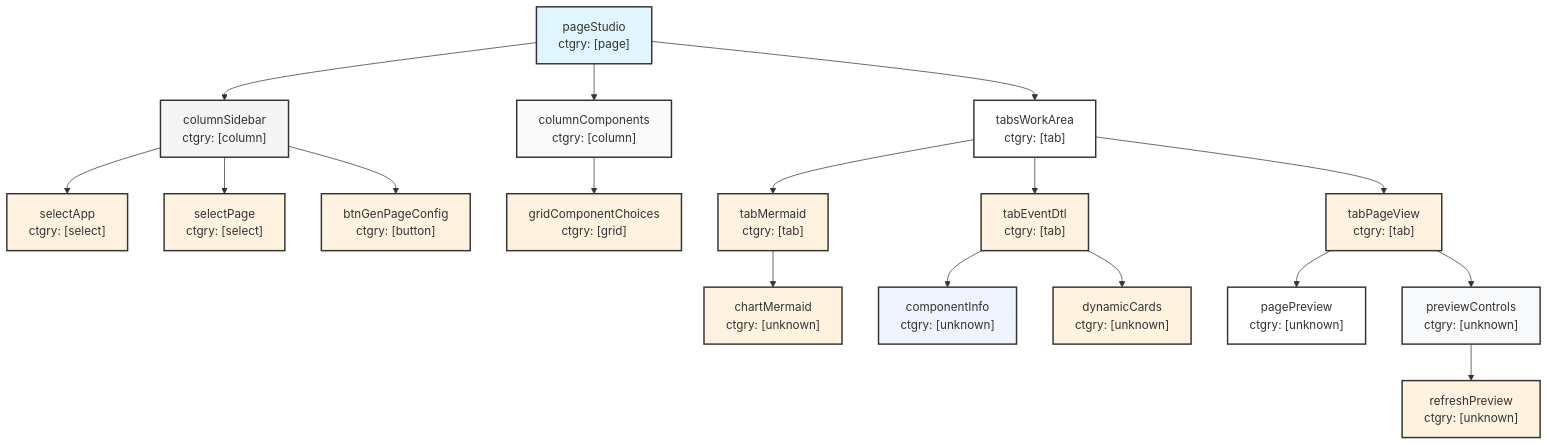
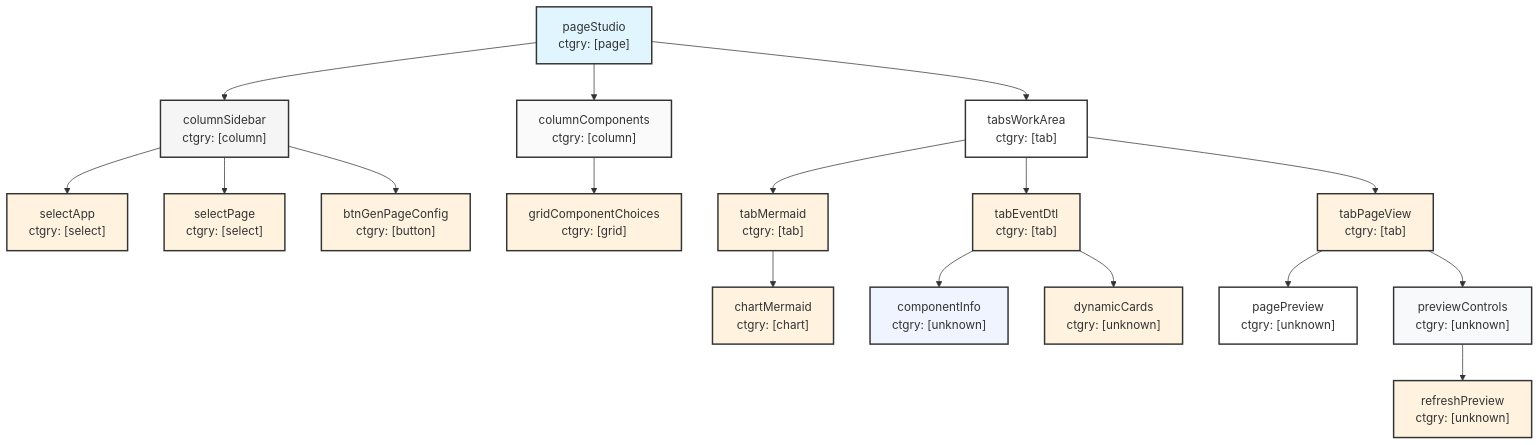
The diagram in apps/wf-studio/src/apps/studio/pages/Studio/pageMermaid.mmd (pchambless/wf-monorepo), drawn with Mermaid before and after one commit. The commit also changed 56 other files, not shown here.

Commit message:
Mermaid Chart Widget working.

```diff
--- a/apps/wf-studio/src/apps/studio/pages/Studio/pageMermaid.mmd
+++ b/apps/wf-studio/src/apps/studio/pages/Studio/pageMermaid.mmd
@@ -1,90 +1,90 @@
 graph TD
 
     pageStudio["pageStudio
  ctgry: [page]"]
     columnSidebar["columnSidebar
  ctgry: [column]"]
     pageStudio --> columnSidebar
     selectApp["selectApp
  ctgry: [select]"]
     columnSidebar --> selectApp
     selectPage["selectPage
  ctgry: [select]"]
     columnSidebar --> selectPage
     btnGenPageConfig["btnGenPageConfig
  ctgry: [button]"]
     columnSidebar --> btnGenPageConfig
     columnComponents["columnComponents
  ctgry: [column]"]
     pageStudio --> columnComponents
     gridComponentChoices["gridComponentChoices
  ctgry: [grid]"]
     columnComponents --> gridComponentChoices
     tabsWorkArea["tabsWorkArea
  ctgry: [tab]"]
     pageStudio --> tabsWorkArea
     tabMermaid["tabMermaid
  ctgry: [tab]"]
     tabsWorkArea --> tabMermaid
-    mermaidChart["chartMermaid
- ctgry: [unknown]"]
-    tabMermaid --> mermaidChart
+    chartMermaid["chartMermaid
+ ctgry: [chart]"]
+    tabMermaid --> chartMermaid
     tabEventDtl["tabEventDtl
  ctgry: [tab]"]
     tabsWorkArea --> tabEventDtl
     componentInfo["componentInfo
  ctgry: [unknown]"]
     tabEventDtl --> componentInfo
     dynamicCards["dynamicCards
  ctgry: [unknown]"]
     tabEventDtl --> dynamicCards
     tabPageView["tabPageView
  ctgry: [tab]"]
     tabsWorkArea --> tabPageView
     pagePreview["pagePreview
  ctgry: [unknown]"]
     tabPageView --> pagePreview
     previewControls["previewControls
  ctgry: [unknown]"]
     tabPageView --> previewControls
     refreshPreview["refreshPreview
  ctgry: [unknown]"]
     previewControls --> refreshPreview
 
     %% Individual component styling
     style pageStudio fill:#e1f5fe,stroke:#333,stroke-width:2px;
     style columnSidebar fill:#f5f5f5,stroke:#333,stroke-width:2px;
     style selectApp fill:#fff3e0,stroke:#333,stroke-width:2px;
     style selectPage fill:#fff3e0,stroke:#333,stroke-width:2px;
     style btnGenPageConfig fill:#fff3e0,stroke:#333,stroke-width:2px;
     style columnComponents fill:#fafafa,stroke:#333,stroke-width:2px;
     style gridComponentChoices fill:#fff3e0,stroke:#333,stroke-width:2px;
     style tabsWorkArea fill:#ffffff,stroke:#333,stroke-width:2px;
     style tabMermaid fill:#fff3e0,stroke:#333,stroke-width:2px;
-    style mermaidChart fill:#fff3e0,stroke:#333,stroke-width:2px;
+    style chartMermaid fill:#fff3e0,stroke:#333,stroke-width:2px;
     style tabEventDtl fill:#fff3e0,stroke:#333,stroke-width:2px;
     style componentInfo fill:#f0f4ff,stroke:#333,stroke-width:2px;
     style dynamicCards fill:#fff3e0,stroke:#333,stroke-width:2px;
     style tabPageView fill:#fff3e0,stroke:#333,stroke-width:2px;
     style pagePreview fill:#ffffff,stroke:#333,stroke-width:2px;
     style previewControls fill:#f8f9fa,stroke:#333,stroke-width:2px;
     style refreshPreview fill:#fff3e0,stroke:#333,stroke-width:2px;
 
     %% Click handlers for Studio integration
     click pageStudio "selectComponent('pageStudio')"
     click columnSidebar "selectComponent('columnSidebar')"
     click selectApp "selectComponent('selectApp')"
     click selectPage "selectComponent('selectPage')"
     click btnGenPageConfig "selectComponent('btnGenPageConfig')"
     click columnComponents "selectComponent('columnComponents')"
     click gridComponentChoices "selectComponent('gridComponentChoices')"
     click tabsWorkArea "selectComponent('tabsWorkArea')"
     click tabMermaid "selectComponent('tabMermaid')"
-    click mermaidChart "selectComponent('mermaidChart')"
+    click chartMermaid "selectComponent('chartMermaid')"
     click tabEventDtl "selectComponent('tabEventDtl')"
     click componentInfo "selectComponent('componentInfo')"
     click dynamicCards "selectComponent('dynamicCards')"
     click tabPageView "selectComponent('tabPageView')"
     click pagePreview "selectComponent('pagePreview')"
     click previewControls "selectComponent('previewControls')"
     click refreshPreview "selectComponent('refreshPreview')"
```
